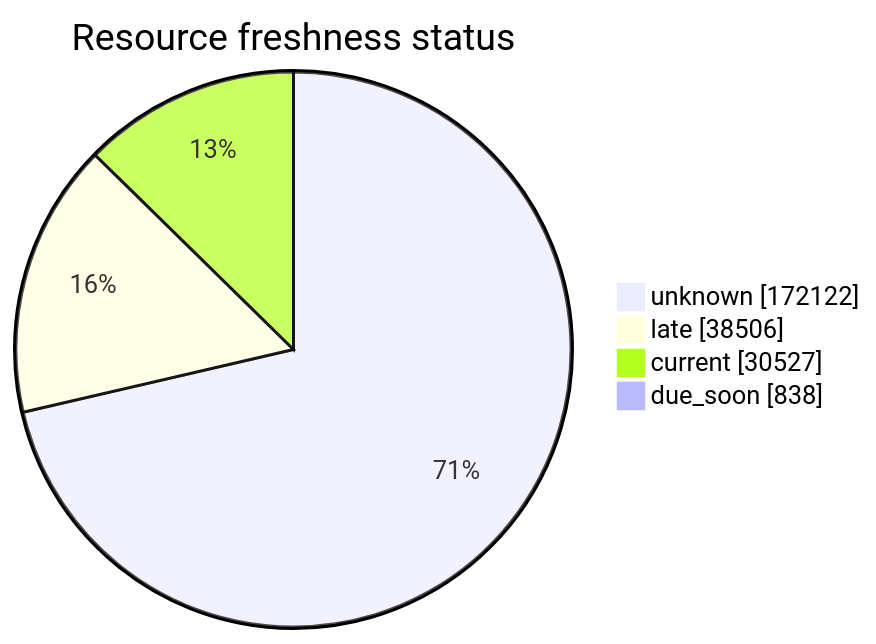
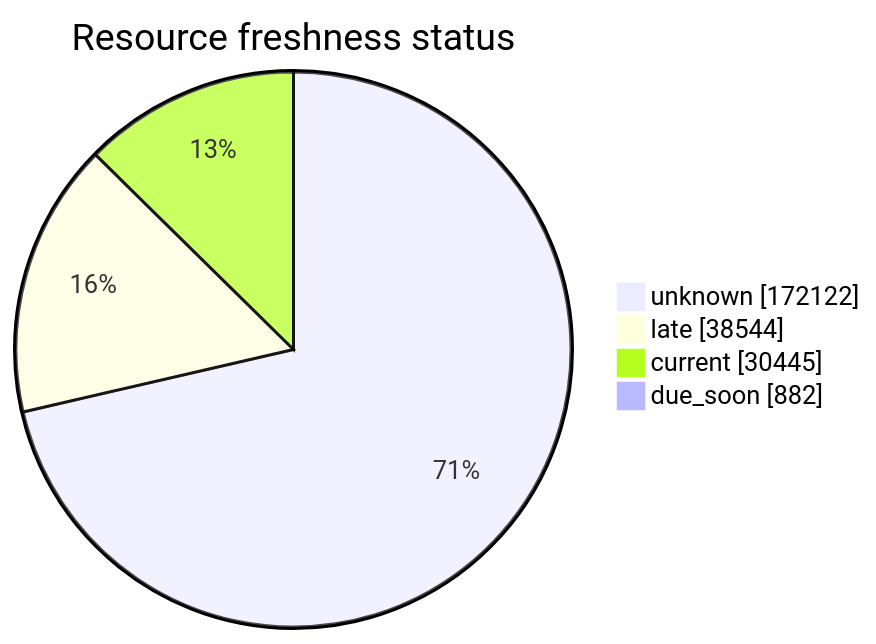
The third of 5 diagrams in FreshCheck/README.md (open-data/analytics-corporate-reporting), drawn with Mermaid before and after one commit. The commit also changed other lines of this file and 3 other files, not shown here.

````diff
--- a/FreshCheck/README.md
+++ b/FreshCheck/README.md
@@ -77,7 +77,7 @@
 ```mermaid
 pie showData title Resource freshness status
     "unknown": 172122
-    "late": 38506
-    "current": 30527
-    "due_soon": 838
+    "late": 38544
+    "current": 30445
+    "due_soon": 882
 ```
````
